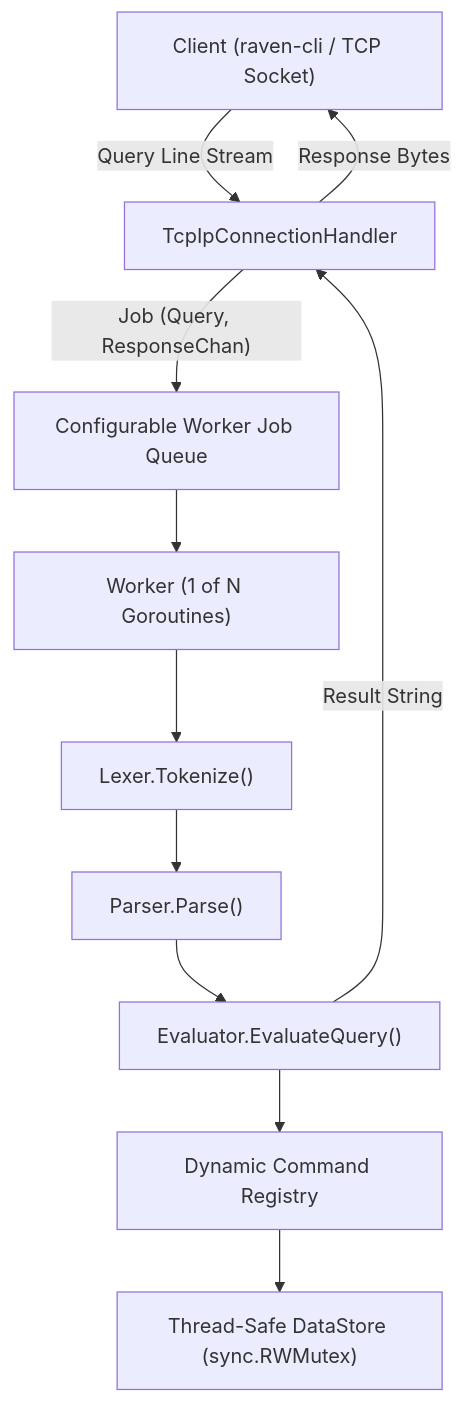
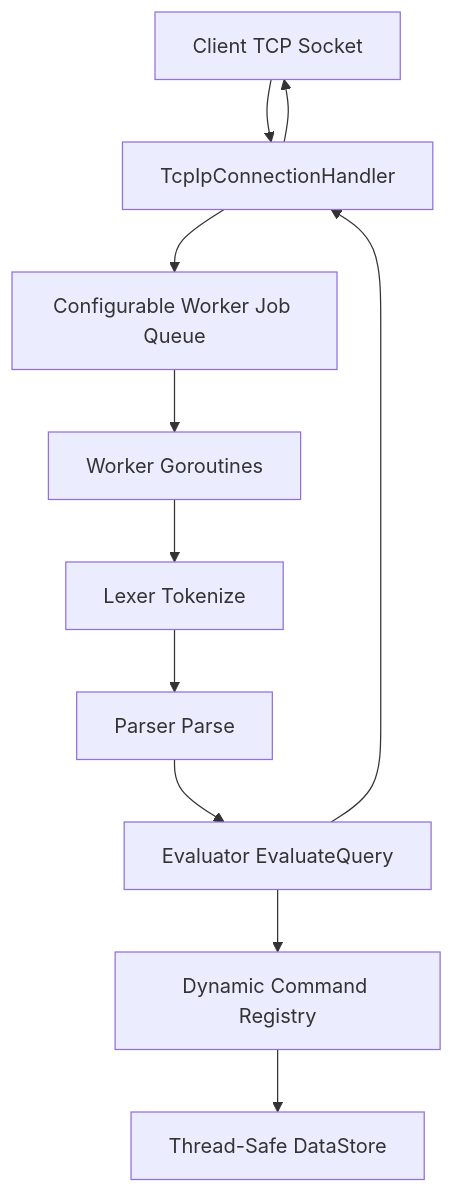
The diagram in README.md (Ahmedfargh/ravan-db-redis-clone), drawn with Mermaid before and after one commit.

Commit message:
docs: simplify architecture diagram labels in README.md

````diff
--- a/README.md
+++ b/README.md
@@ -45,13 +45,13 @@
 ```mermaid
 graph TD
-    Client["Client (raven-cli / TCP Socket)"] -->|"Query Line Stream"| ConnHandler["TcpIpConnectionHandler"]
-    ConnHandler -->|"Job (Query, ResponseChan)"| JobQueue["Configurable Worker Job Queue"]
-    JobQueue --> Worker["Worker (1 of N Goroutines)"]
-    Worker --> Lexer["Lexer.Tokenize()"]
-    Lexer --> Parser["Parser.Parse()"]
-    Parser --> Evaluator["Evaluator.EvaluateQuery()"]
+    Client["Client TCP Socket"] --> ConnHandler["TcpIpConnectionHandler"]
+    ConnHandler --> JobQueue["Configurable Worker Job Queue"]
+    JobQueue --> Worker["Worker Goroutines"]
+    Worker --> Lexer["Lexer Tokenize"]
+    Lexer --> Parser["Parser Parse"]
+    Parser --> Evaluator["Evaluator EvaluateQuery"]
     Evaluator --> Registry["Dynamic Command Registry"]
-    Registry --> DataStore["Thread-Safe DataStore (sync.RWMutex)"]
-    Evaluator -->|"Result String"| ConnHandler
-    ConnHandler -->|"Response Bytes"| Client
+    Registry --> DataStore["Thread-Safe DataStore"]
+    Evaluator --> ConnHandler
+    ConnHandler --> Client
 ```
````
